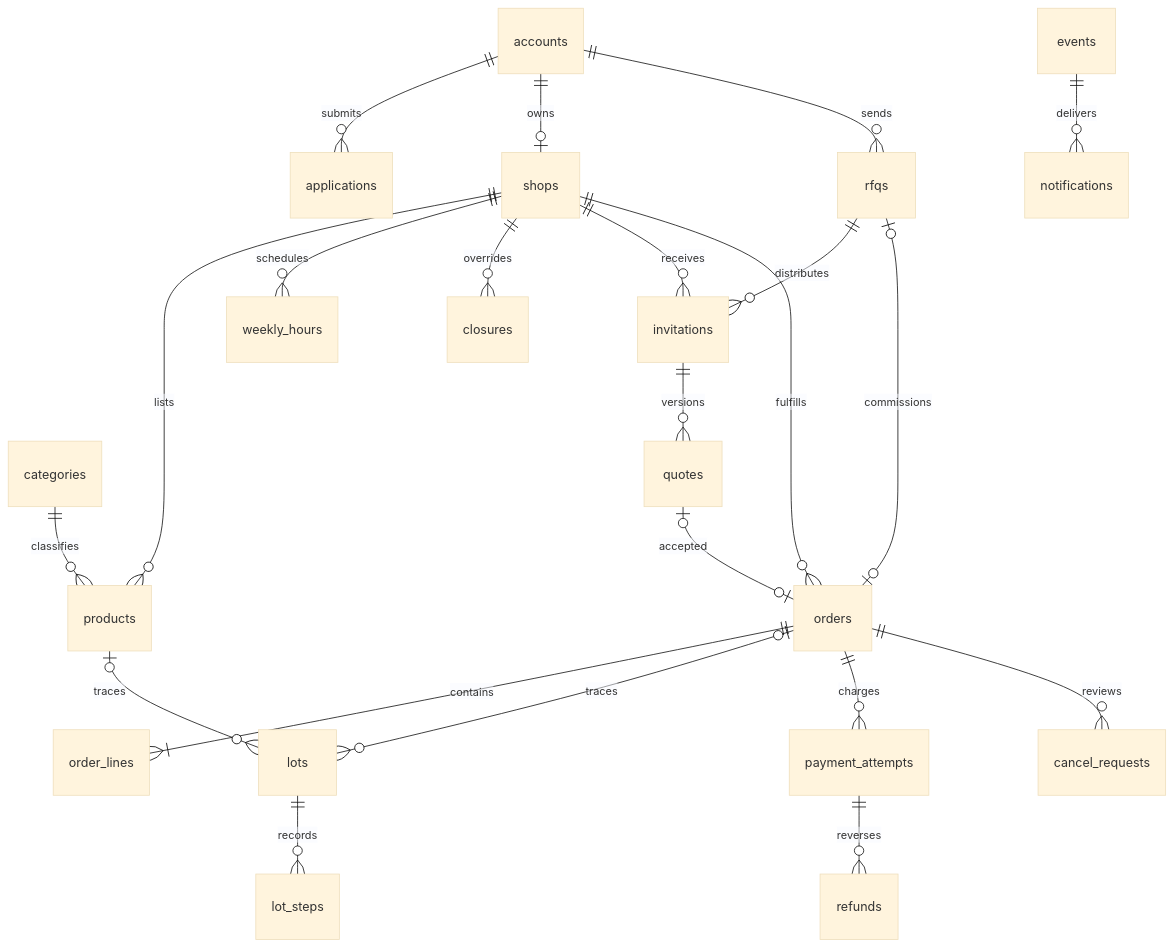
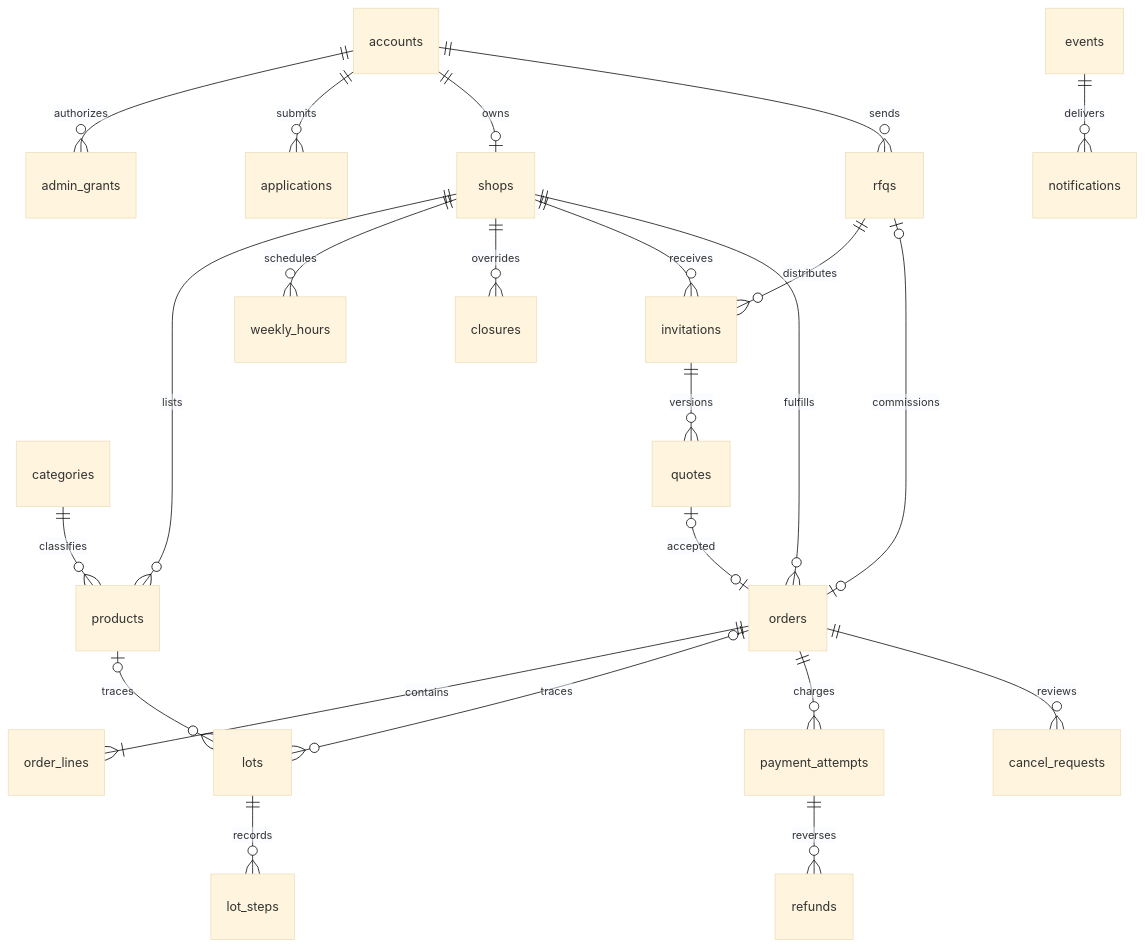
The diagram in docs/design/erd.md (Verzol/vcraft), drawn with Mermaid (base theme) before and after one commit. The commit also changed other lines of this file and 23 other files, not shown here.

````diff
--- a/docs/design/erd.md
+++ b/docs/design/erd.md
@@ -5,24 +5,25 @@
 ```mermaid
 erDiagram
+    accounts ||--o{ admin_grants : authorizes
     accounts ||--o{ applications : submits
     accounts ||--o| shops : owns
     shops ||--o{ products : lists
     categories ||--o{ products : classifies
     shops ||--o{ weekly_hours : schedules
     shops ||--o{ closures : overrides
     accounts ||--o{ rfqs : sends
     rfqs ||--o{ invitations : distributes
     shops ||--o{ invitations : receives
     invitations ||--o{ quotes : versions
     quotes o|--o| orders : accepted
     rfqs o|--o| orders : commissions
     shops ||--o{ orders : fulfills
     orders ||--|{ order_lines : contains
     products o|--o{ lots : traces
     orders o|--o{ lots : traces
     lots ||--o{ lot_steps : records
     orders ||--o{ payment_attempts : charges
     payment_attempts ||--o{ refunds : reverses
     orders ||--o{ cancel_requests : reviews
     events ||--o{ notifications : delivers
 ```
````
